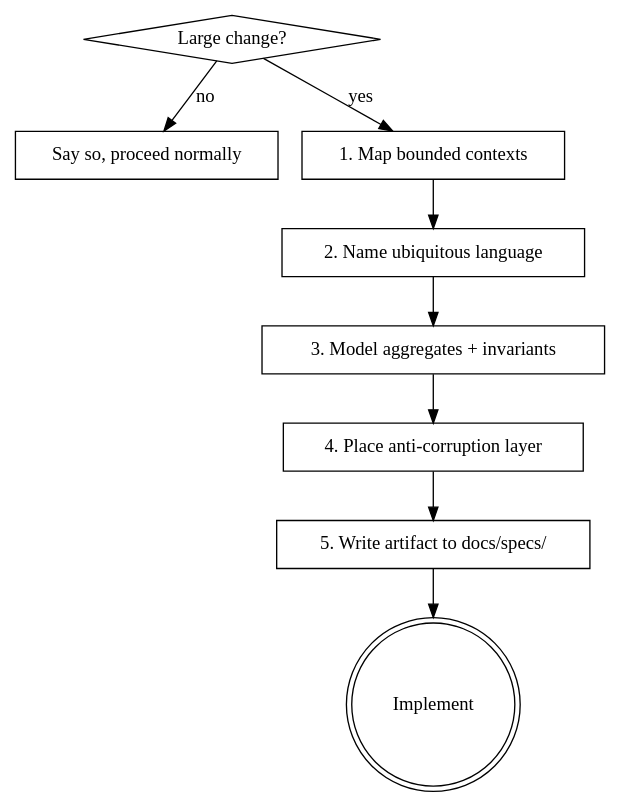
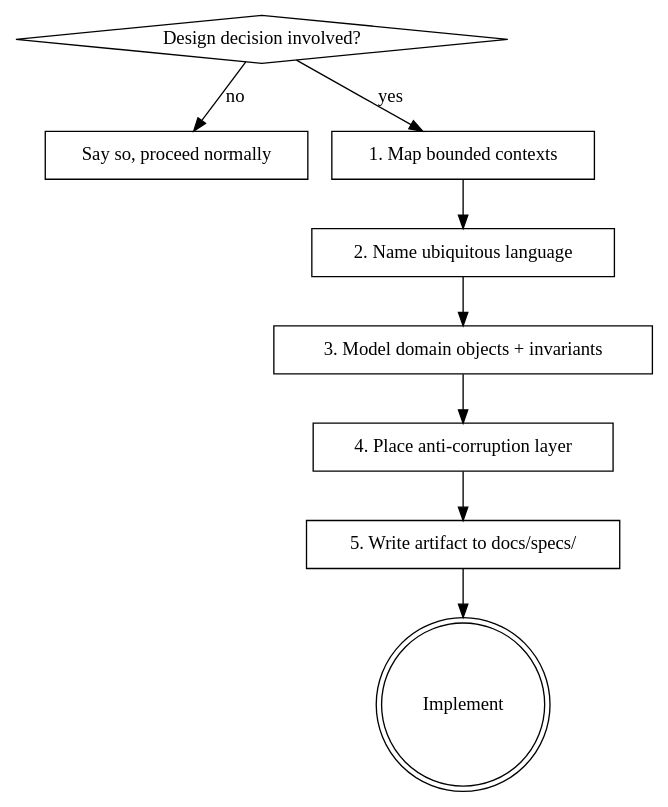
Before and after one commit to guygrigsby/claude-plugins: the diagram in plugins/ddd/skills/domain-driven-design/SKILL.md, drawn with Graphviz. The commit also changed other lines of this file and 9 other files, not shown here.

Commit message:
ddd: 0.2.0 fire on every design session, invariants in constructors, entity/VO classification, model and context parsimony

````diff
--- a/plugins/ddd/skills/domain-driven-design/SKILL.md
+++ b/plugins/ddd/skills/domain-driven-design/SKILL.md
@@ -37,20 +41,20 @@
 ```dot
 digraph ddd {
-    "Large change?" [shape=diamond];
+    "Design decision involved?" [shape=diamond];
     "Say so, proceed normally" [shape=box];
     "1. Map bounded contexts" [shape=box];
     "2. Name ubiquitous language" [shape=box];
-    "3. Model aggregates + invariants" [shape=box];
+    "3. Model domain objects + invariants" [shape=box];
     "4. Place anti-corruption layer" [shape=box];
     "5. Write artifact to docs/specs/" [shape=box];
     "Implement" [shape=doublecircle];
 
-    "Large change?" -> "Say so, proceed normally" [label="no"];
-    "Large change?" -> "1. Map bounded contexts" [label="yes"];
+    "Design decision involved?" -> "Say so, proceed normally" [label="no"];
+    "Design decision involved?" -> "1. Map bounded contexts" [label="yes"];
     "1. Map bounded contexts" -> "2. Name ubiquitous language";
-    "2. Name ubiquitous language" -> "3. Model aggregates + invariants";
-    "3. Model aggregates + invariants" -> "4. Place anti-corruption layer";
+    "2. Name ubiquitous language" -> "3. Model domain objects + invariants";
+    "3. Model domain objects + invariants" -> "4. Place anti-corruption layer";
     "4. Place anti-corruption layer" -> "5. Write artifact to docs/specs/";
     "5. Write artifact to docs/specs/" -> "Implement";
 }
 ```
````
